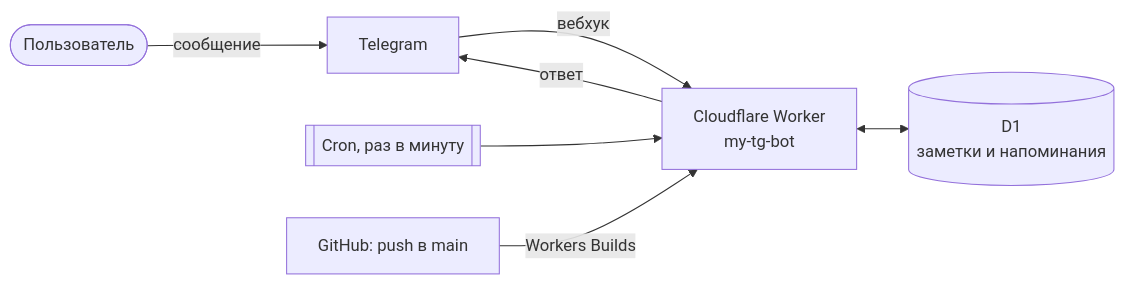
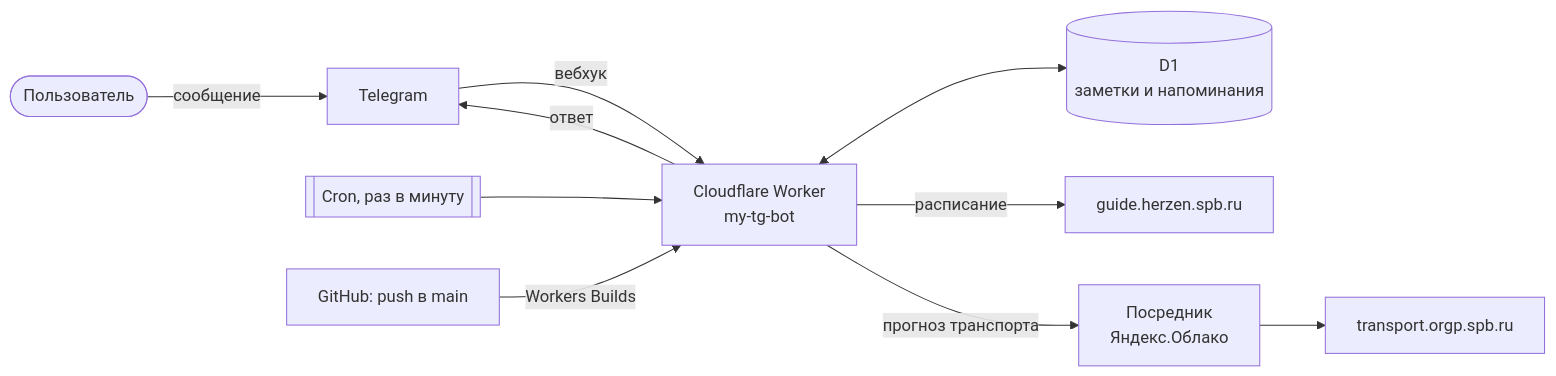
One commit to huksleva/tg_bot changed the diagram in README.md. Above: the diagram before and after it, drawn with Mermaid. The commit also changed other lines of this file and 11 other files, not shown here.

First line of the commit message:
Расписание, дорога домой и посредник для транспорта

````diff
--- a/README.md
+++ b/README.md
@@ -39,9 +44,11 @@
 ```mermaid
 flowchart LR
     U([Пользователь]) -->|сообщение| TG[Telegram]
     TG -->|вебхук| W[Cloudflare Worker<br/>my-tg-bot]
     W -->|ответ| TG
     W <--> DB[(D1<br/>заметки и напоминания)]
+    W -->|расписание| H[guide.herzen.spb.ru]
+    W -->|прогноз транспорта| R[Посредник<br/>Яндекс.Облако] --> O[transport.orgp.spb.ru]
     C[[Cron, раз в минуту]] --> W
     GH[GitHub: push в main] -->|Workers Builds| W
 ```
````
